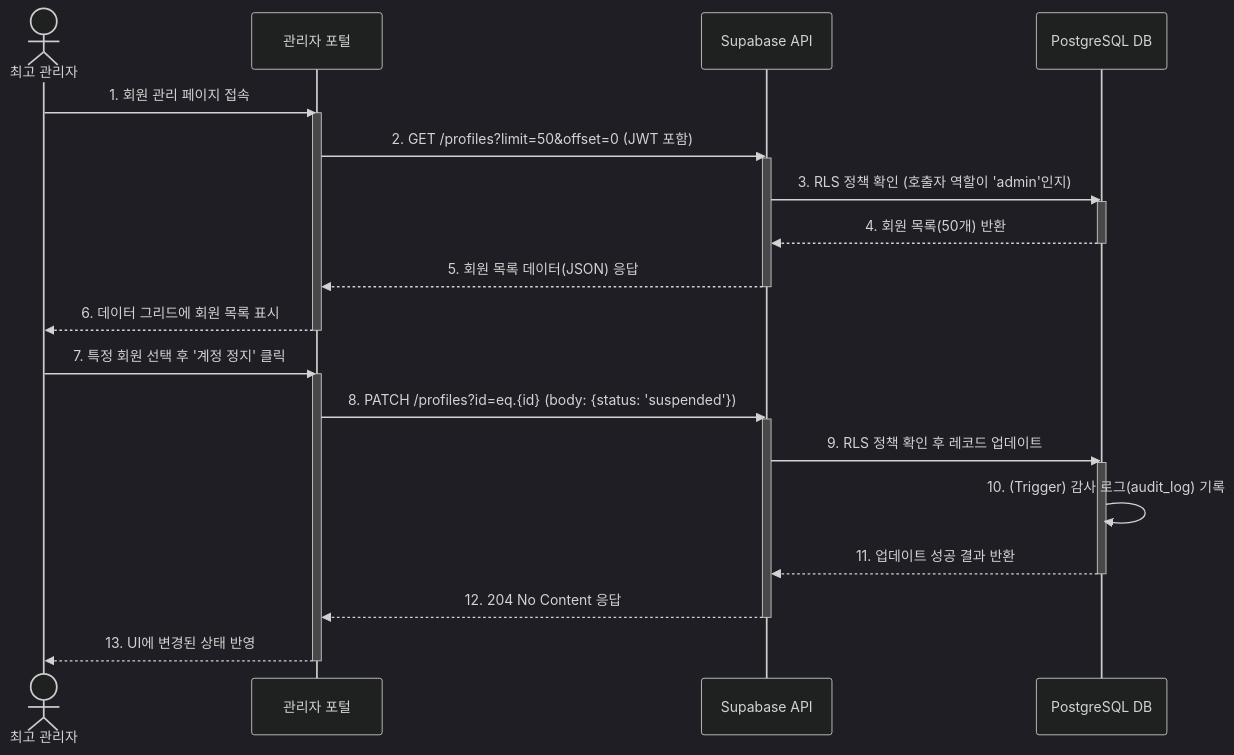
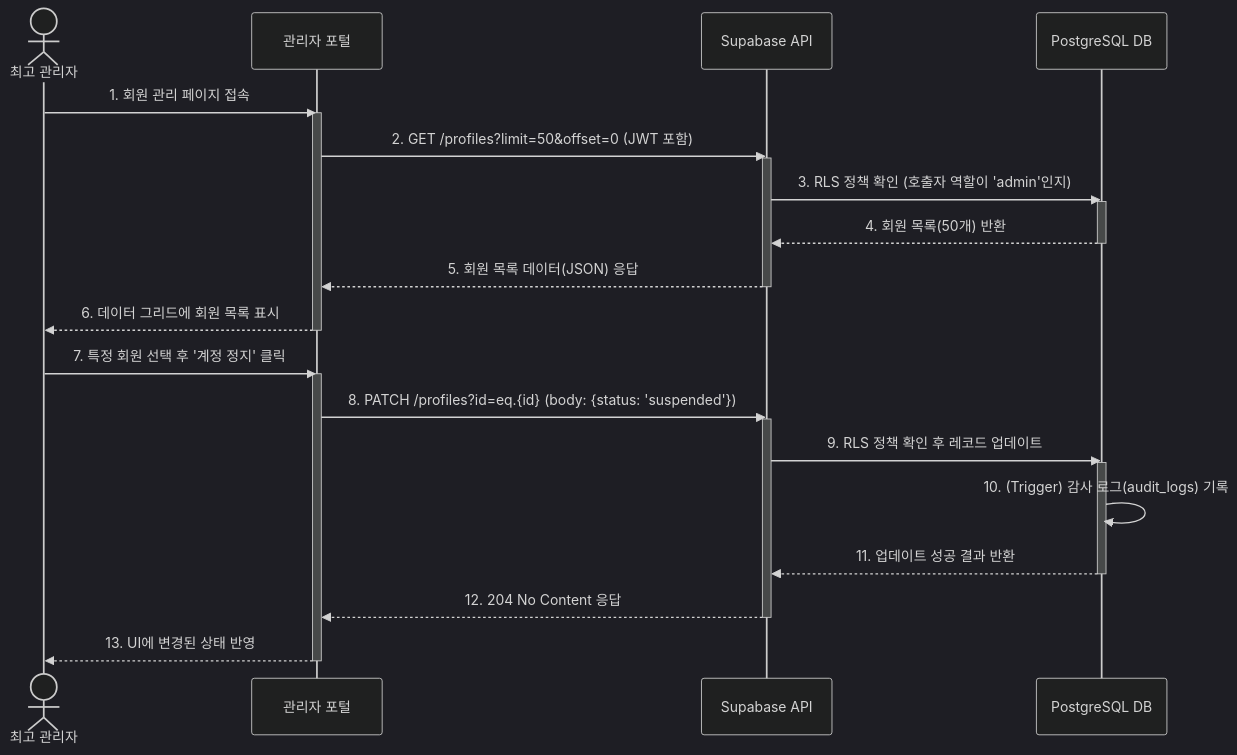
One commit to bbaggome/somang changed the diagram in somang_documents/somang_documents/기능/FE-ADM-020.md. Above: the diagram before and after it, drawn with Mermaid (dark theme). The commit also changed other lines of this file and 4 other files, not shown here.

````diff
--- a/somang_documents/somang_documents/기능/FE-ADM-020.md
+++ b/somang_documents/somang_documents/기능/FE-ADM-020.md
@@ -43,38 +43,38 @@
 ```mermaid
 sequenceDiagram
     actor Admin as 최고 관리자
     participant Portal as 관리자 포털
     participant API as Supabase API
     participant DB as PostgreSQL DB
 
     Admin->>Portal: 1. 회원 관리 페이지 접속
     activate Portal
     Portal->>API: 2. GET /profiles?limit=50&offset=0 (JWT 포함)
     activate API
 
     API->>DB: 3. RLS 정책 확인 (호출자 역할이 'admin'인지)
     activate DB
     DB-->>API: 4. 회원 목록(50개) 반환
     deactivate DB
 
     API-->>Portal: 5. 회원 목록 데이터(JSON) 응답
     deactivate API
     Portal-->>Admin: 6. 데이터 그리드에 회원 목록 표시
     deactivate Portal
 
     Admin->>Portal: 7. 특정 회원 선택 후 '계정 정지' 클릭
     activate Portal
     Portal->>API: 8. PATCH /profiles?id=eq.{id} (body: {status: 'suspended'})
     activate API
 
     API->>DB: 9. RLS 정책 확인 후 레코드 업데이트
     activate DB
-    DB->>DB: 10. (Trigger) 감사 로그(audit_log) 기록
+    DB->>DB: 10. (Trigger) 감사 로그(audit_logs) 기록
     DB-->>API: 11. 업데이트 성공 결과 반환
     deactivate DB
 
     API-->>Portal: 12. 204 No Content 응답
     deactivate API
     Portal-->>Admin: 13. UI에 변경된 상태 반영
     deactivate Portal
 ```
````
